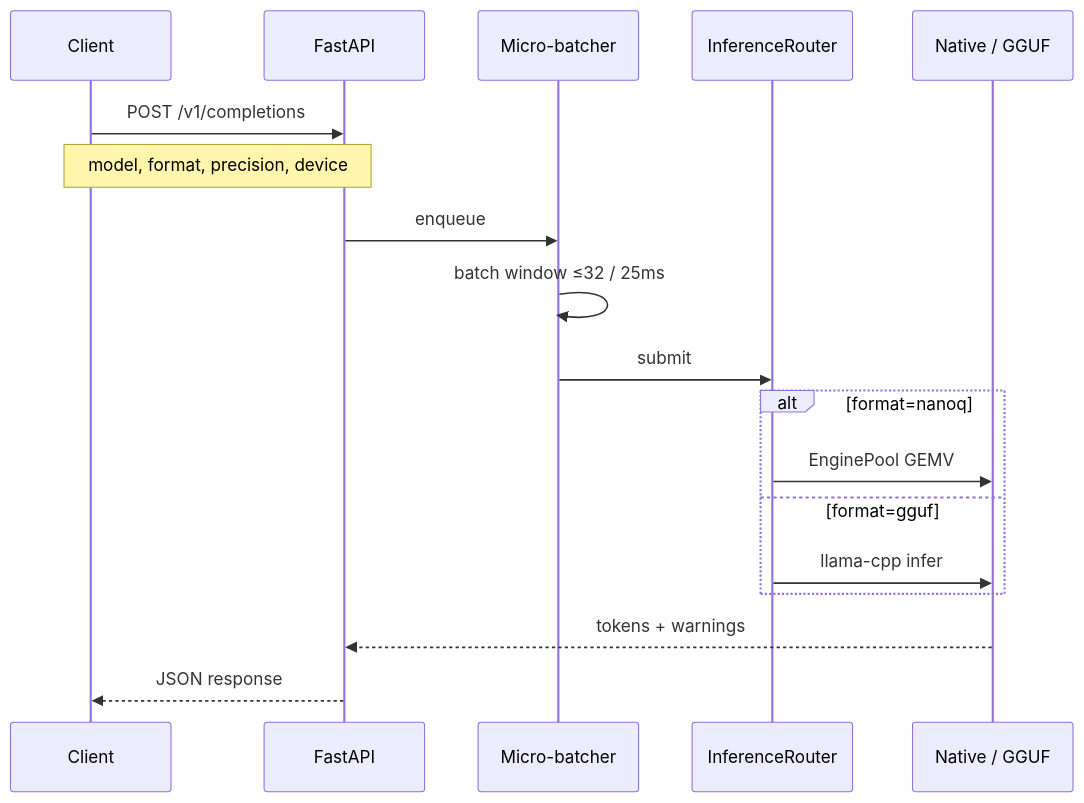
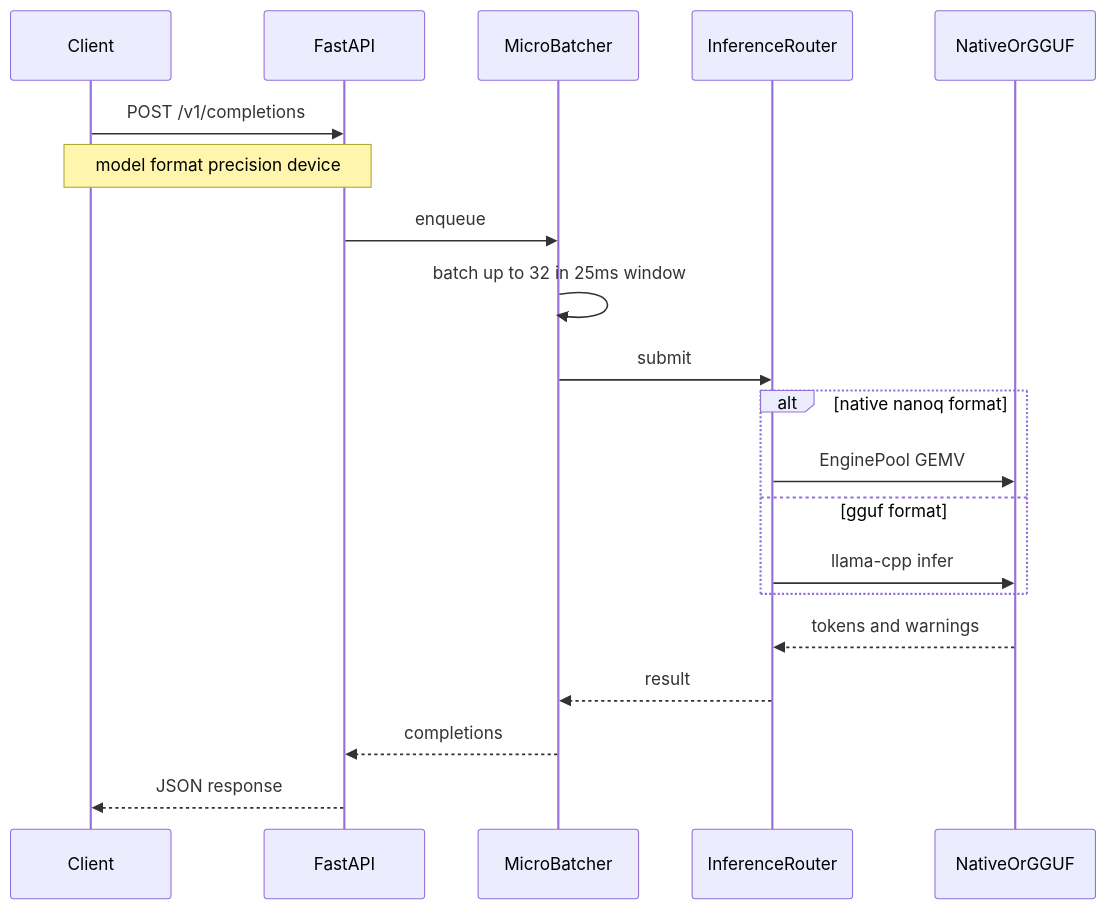
The second of 2 diagrams in README.md (Team-Auralis-Labs/NanoServe), drawn with Mermaid before and after one commit. The commit also changed other lines of this file, not shown here.

Commit message:
ReadMe edits

````diff
--- a/README.md
+++ b/README.md
@@ -109,21 +112,23 @@
 ```mermaid
 sequenceDiagram
-  participant U as Client
-  participant F as FastAPI
-  participant B as Micro-batcher
-  participant R as InferenceRouter
-  participant N as Native / GGUF
+  participant Client
+  participant FastAPI
+  participant Batcher as MicroBatcher
+  participant Router as InferenceRouter
+  participant Runtime as NativeOrGGUF
 
-  U->>F: POST /v1/completions
-  Note over U,F: model, format, precision, device
-  F->>B: enqueue
-  B->>B: batch window ≤32 / 25ms
-  B->>R: submit
-  alt format=nanoq
-    R->>N: EnginePool GEMV
-  else format=gguf
-    R->>N: llama-cpp infer
+  Client->>FastAPI: POST /v1/completions
+  Note over Client,FastAPI: model format precision device
+  FastAPI->>Batcher: enqueue
+  Batcher->>Batcher: batch up to 32 in 25ms window
+  Batcher->>Router: submit
+  alt native nanoq format
+    Router->>Runtime: EnginePool GEMV
+  else gguf format
+    Router->>Runtime: llama-cpp infer
   end
-  N-->>F: tokens + warnings
-  F-->>U: JSON response
+  Runtime-->>Router: tokens and warnings
+  Router-->>Batcher: result
+  Batcher-->>FastAPI: completions
+  FastAPI-->>Client: JSON response
 ```
````
